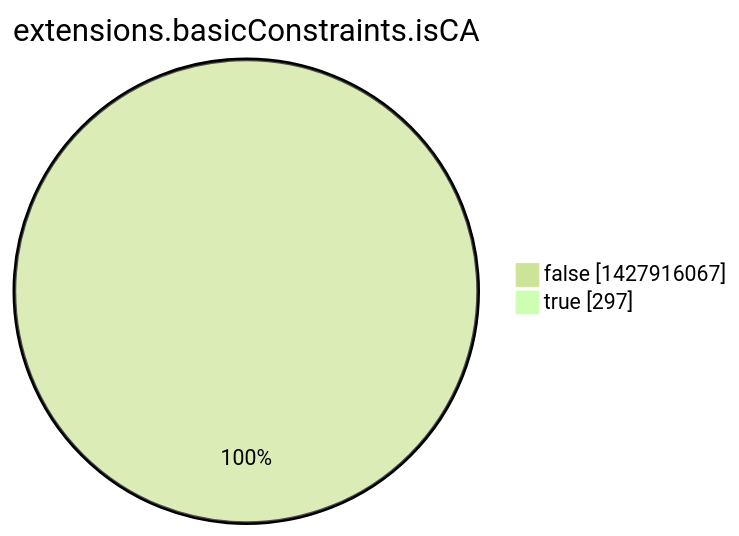
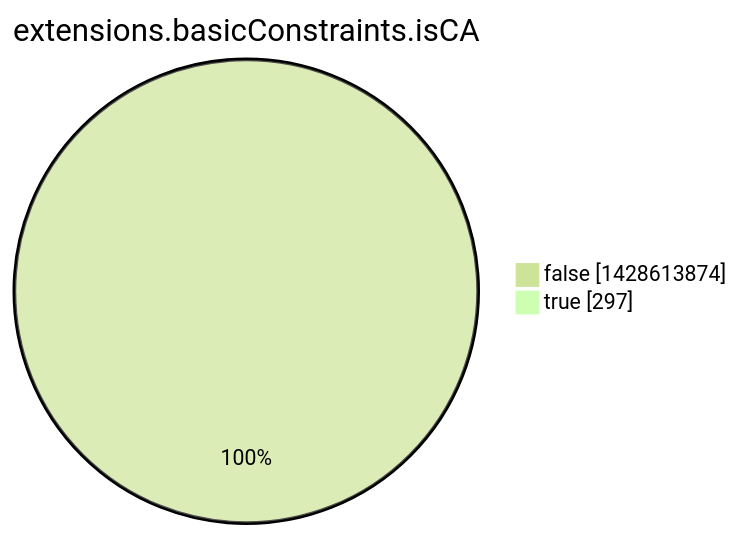
Before and after one commit to christiankrug/ctmonitor_visualization: the eighth of 15 diagrams in argon2022/README.md, drawn with Mermaid (forest theme). The commit also changed other lines of this file, not shown here.

````diff
--- a/argon2022/README.md
+++ b/argon2022/README.md
@@ -2760,6 +2760,6 @@
 ```mermaid
 pie showData
 title extensions.basicConstraints.isCA
-"false" :1427916067
+"false" :1428613874
 "true" :297
 ```
````
